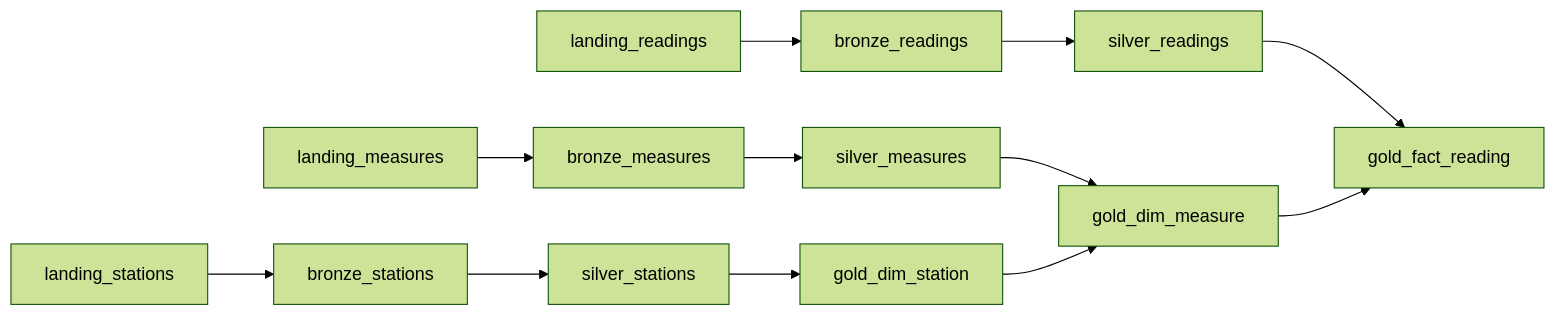
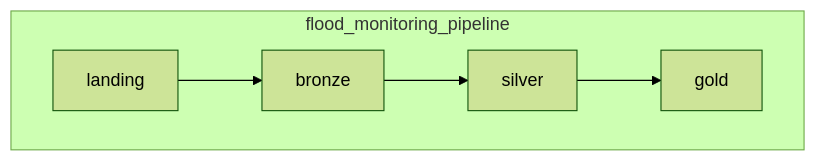
One commit to Fury0508/flood-monitoring-pipeline changed the diagram in README.md. Above: the diagram before and after it, drawn with Mermaid (forest theme). The commit also changed other lines of this file and 2 other files, not shown here.

Commit message:
change pipeline

````diff
--- a/README.md
+++ b/README.md
@@ -37,8 +37,7 @@
 ```mermaid
 flowchart LR
-    ls[landing_stations] --> bs[bronze_stations] --> ss[silver_stations] --> gs[gold_dim_station]
-    lm[landing_measures] --> bm[bronze_measures] --> sm[silver_measures] --> gm[gold_dim_measure]
-    lr[landing_readings] --> br[bronze_readings] --> sr[silver_readings] --> gf[gold_fact_reading]
-    gs --> gm
-    gm --> gf
+    subgraph orchestrator [flood_monitoring_pipeline]
+        direction LR
+        L[landing] --> B[bronze] --> S[silver] --> G[gold]
+    end
 ```
````
